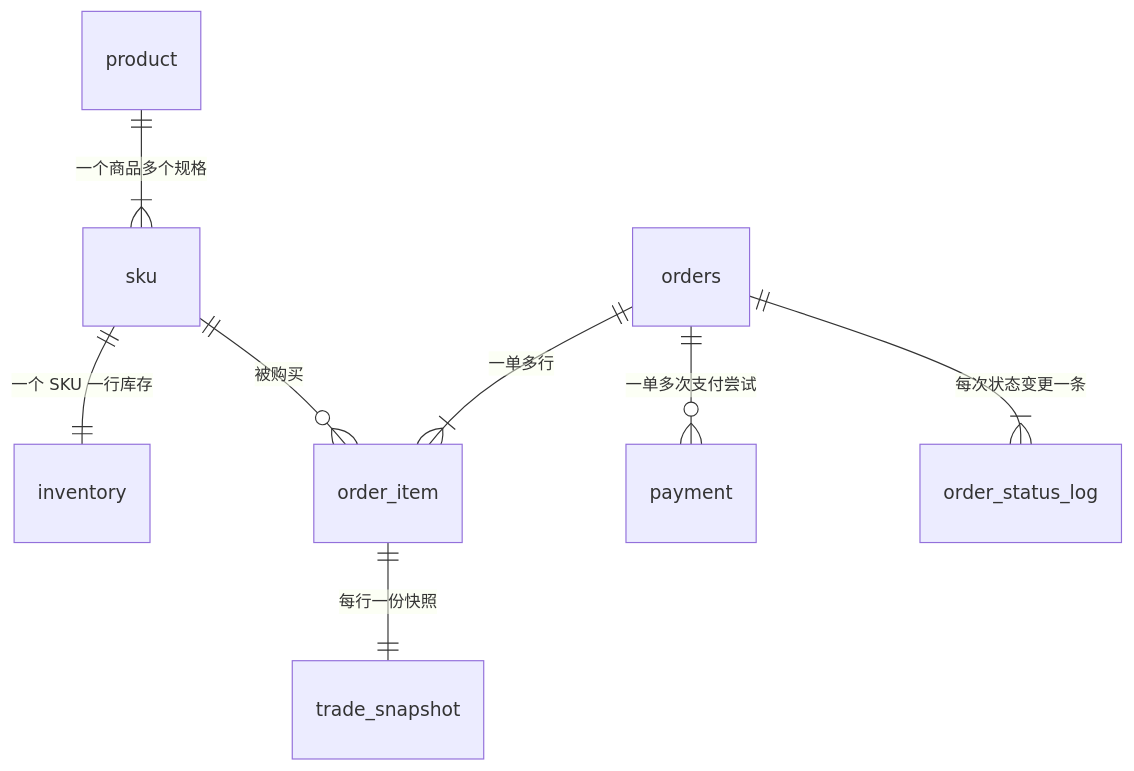
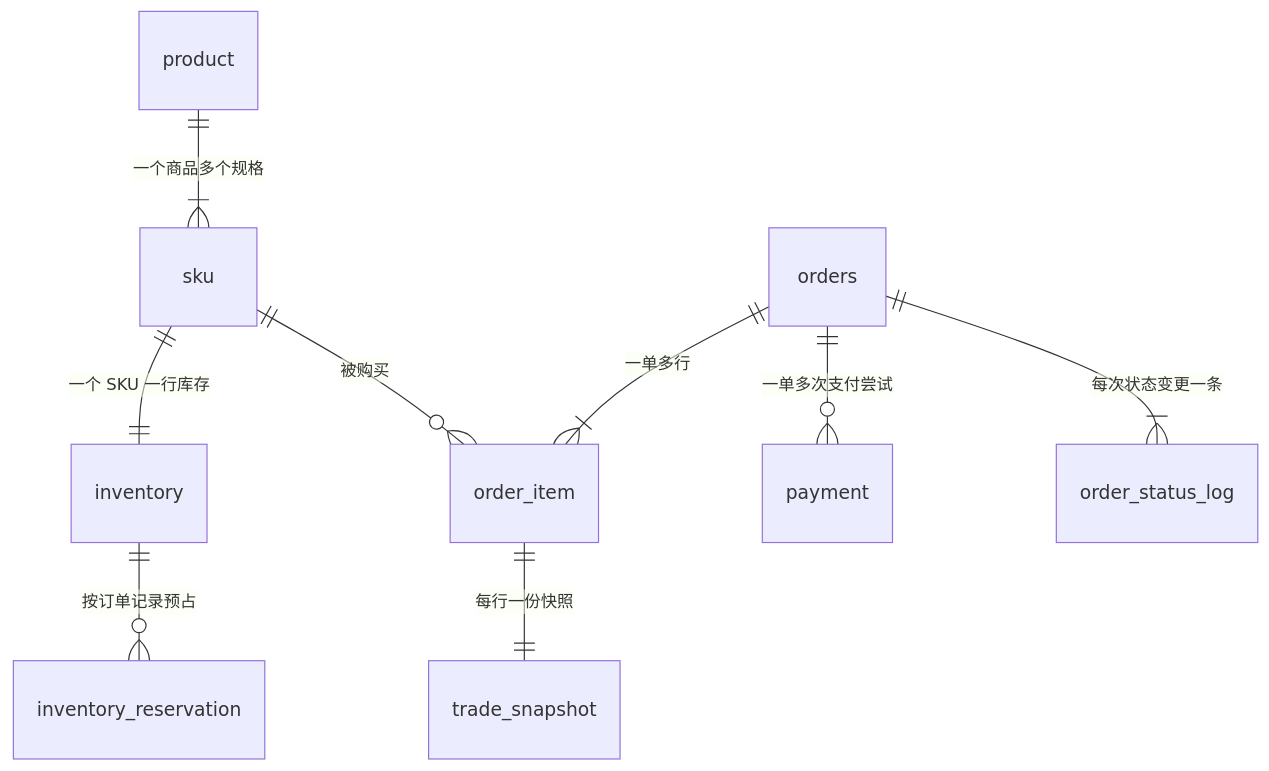
One commit to shqyecho6868-code/merchanthub changed the first of 2 diagrams in docs/data-model.md. Above: the diagram before and after it, drawn with Mermaid. The commit also changed other lines of this file and 88 other files, not shown here.

````diff
--- a/docs/data-model.md
+++ b/docs/data-model.md
@@ -19,10 +22,11 @@
 ```mermaid
 erDiagram
     product ||--|{ sku : "一个商品多个规格"
     sku ||--|| inventory : "一个 SKU 一行库存"
+    inventory ||--o{ inventory_reservation : "按订单记录预占"
     orders ||--|{ order_item : "一单多行"
     order_item ||--|| trade_snapshot : "每行一份快照"
     orders ||--o{ payment : "一单多次支付尝试"
     orders ||--|{ order_status_log : "每次状态变更一条"
     sku ||--o{ order_item : "被购买"
 ```
````
